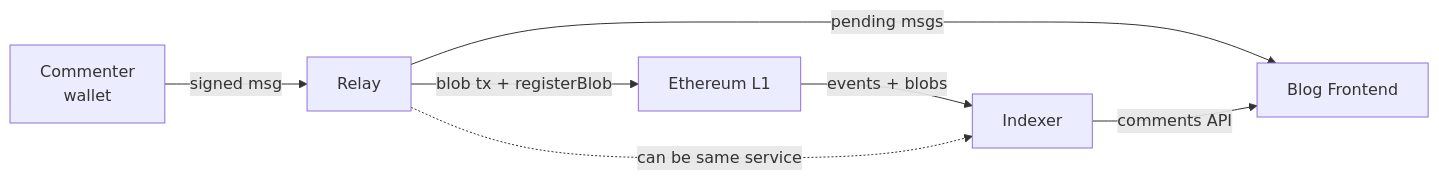
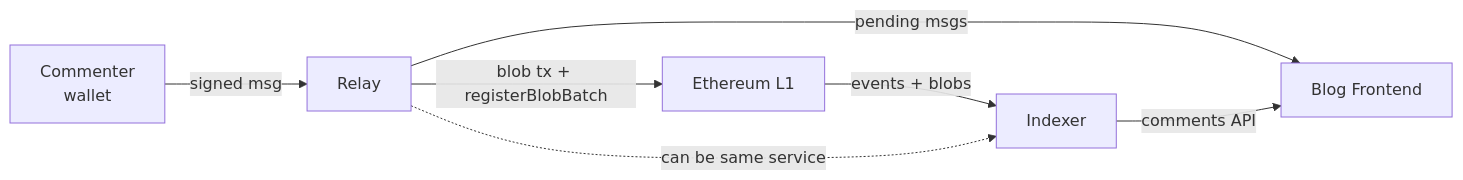
Before and after one commit to defi-wonderland/bam: the first of 3 diagrams in docs/design/comment-section.md, drawn with Mermaid. The commit also changed other lines of this file, not shown here.

````diff
--- a/docs/design/comment-section.md
+++ b/docs/design/comment-section.md
@@ -13,9 +13,9 @@
 ```mermaid
 graph LR
     C[Commenter<br/>wallet] -->|signed msg| R[Relay]
-    R -->|blob tx + registerBlob| E[Ethereum L1]
+    R -->|blob tx + registerBlobBatch| E[Ethereum L1]
     R -->|pending msgs| F[Blog Frontend]
     E -->|events + blobs| I[Indexer]
     I -->|comments API| F
     R -.->|can be same service| I
 ```
````
